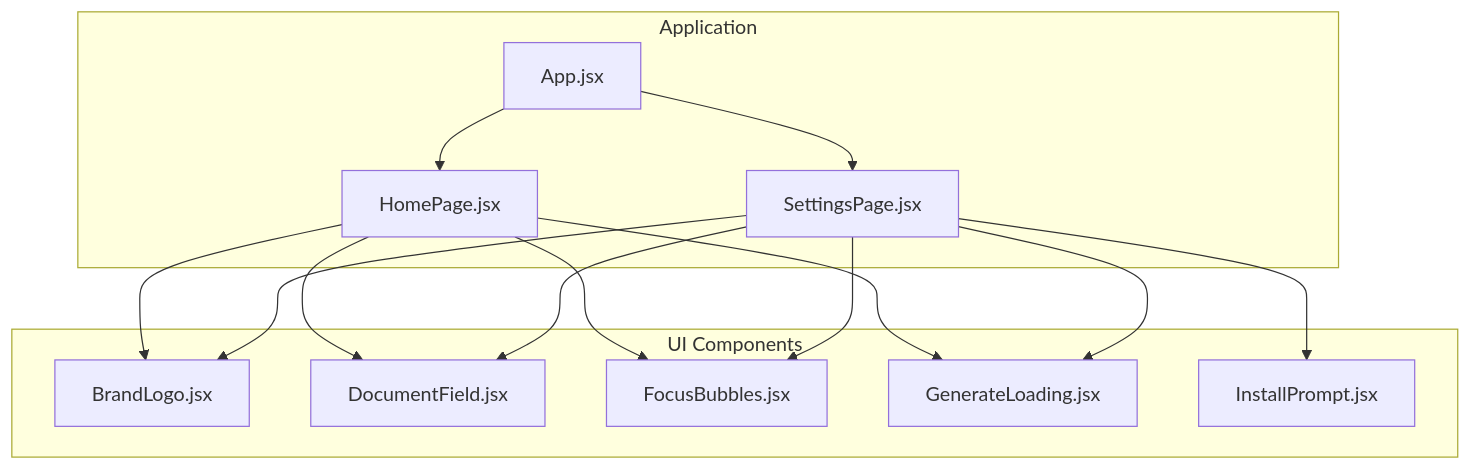
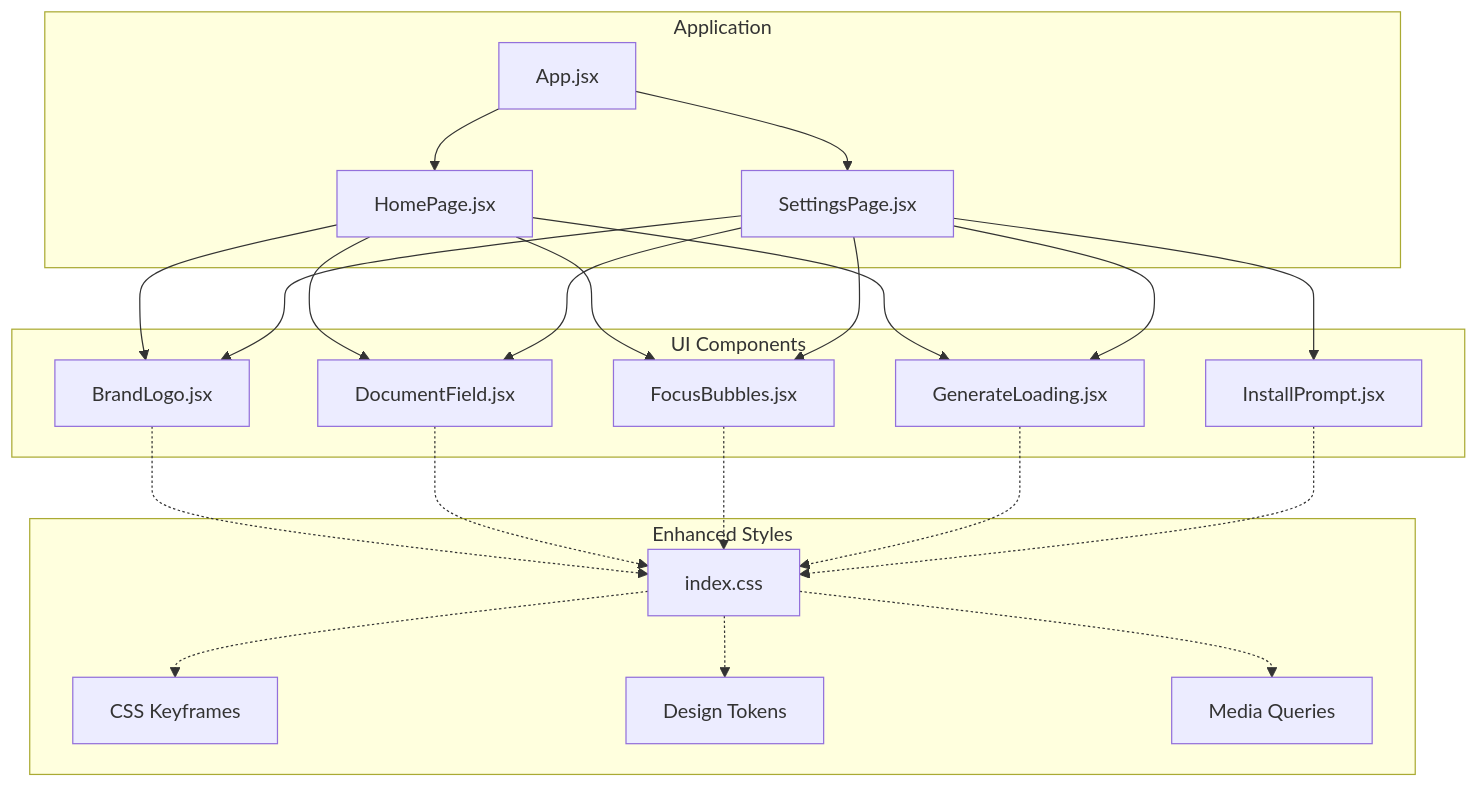
The first of 3 diagrams in .qoder/repowiki/en/content/Component Library/UI Components.md (zmyeo54/briefroom), drawn with Mermaid before and after one commit. The commit also changed other lines of this file and 32 other files, not shown here.

````diff
--- a/.qoder/repowiki/en/content/Component Library/UI Components.md
+++ b/.qoder/repowiki/en/content/Component Library/UI Components.md
@@ -41,26 +42,40 @@
 ```mermaid
 graph TB
 subgraph "Application"
 App["App.jsx"]
 HomePage["HomePage.jsx"]
 SettingsPage["SettingsPage.jsx"]
 end
 subgraph "UI Components"
 BrandLogo["BrandLogo.jsx"]
 DocumentField["DocumentField.jsx"]
 FocusBubbles["FocusBubbles.jsx"]
 GenerateLoading["GenerateLoading.jsx"]
 InstallPrompt["InstallPrompt.jsx"]
 end
+subgraph "Enhanced Styles"
+CSS["index.css"]
+Animations["CSS Keyframes"]
+Themes["Design Tokens"]
+Responsive["Media Queries"]
+end
 App --> HomePage
 App --> SettingsPage
 HomePage --> BrandLogo
 HomePage --> DocumentField
 HomePage --> FocusBubbles
 HomePage --> GenerateLoading
 SettingsPage --> BrandLogo
 SettingsPage --> DocumentField
 SettingsPage --> FocusBubbles
 SettingsPage --> GenerateLoading
 SettingsPage --> InstallPrompt
+BrandLogo -.-> CSS
+DocumentField -.-> CSS
+FocusBubbles -.-> CSS
+GenerateLoading -.-> CSS
+InstallPrompt -.-> CSS
+CSS -.-> Animations
+CSS -.-> Themes
+CSS -.-> Responsive
 ```
````
